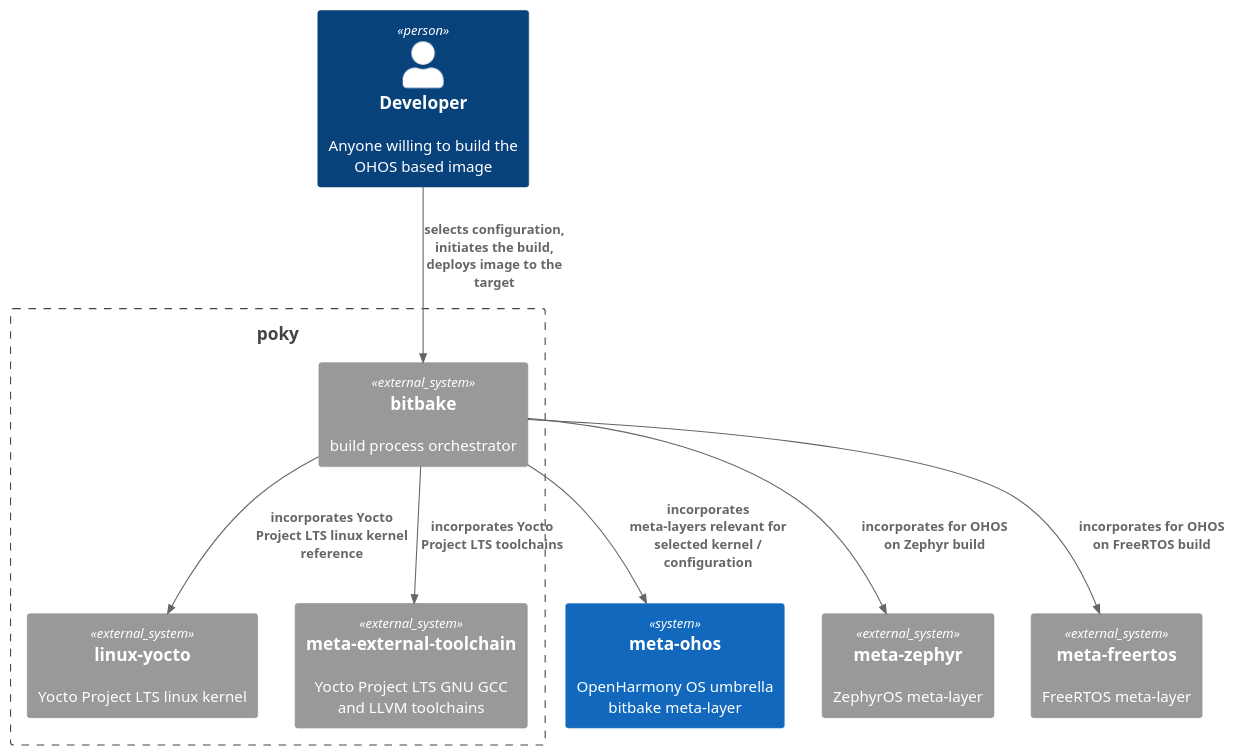
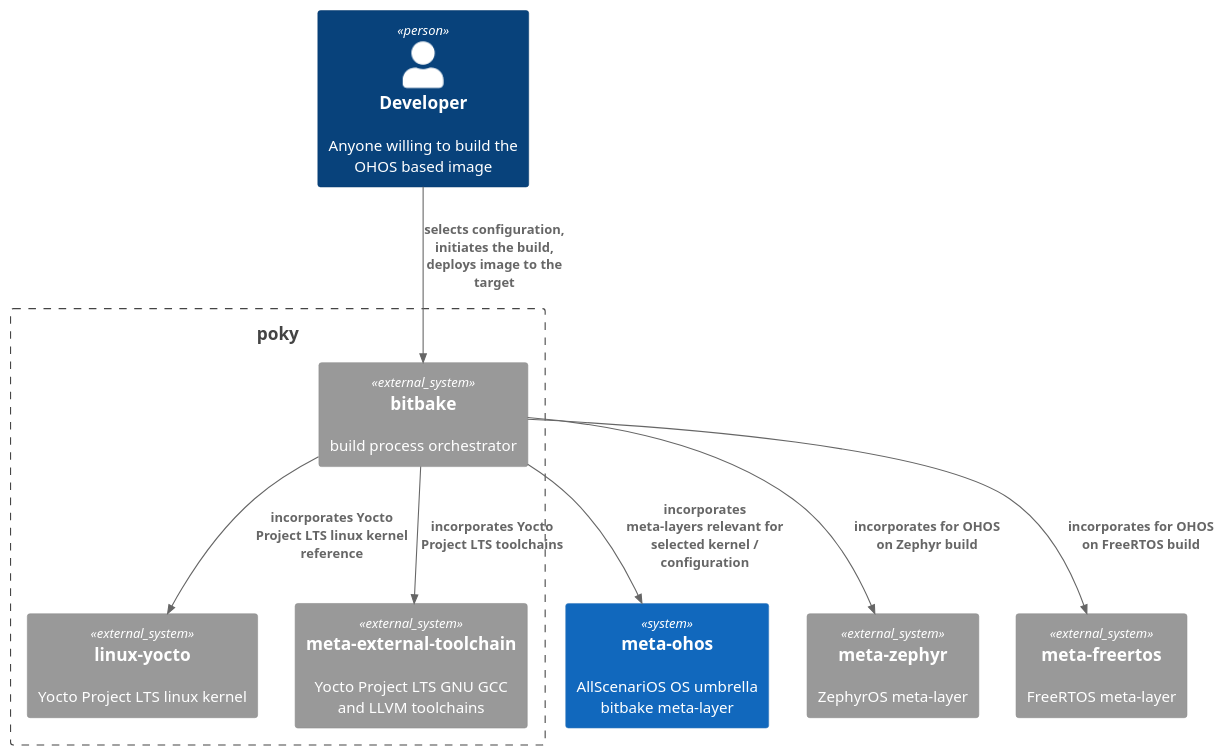
The diagram in docs/yocto-build-system/assets/ohos-build-arch.puml (alema-r/Alessandro-Marcolini-Oniro), drawn with PlantUML before and after one commit. The commit also changed 24 other files, not shown here.

Commit message:
docs: rename OpenHarmony to AllScenariOS

```diff
--- a/docs/yocto-build-system/assets/ohos-build-arch.puml
+++ b/docs/yocto-build-system/assets/ohos-build-arch.puml
@@ -5,24 +5,24 @@
 @startuml meta-ohos-arch
 !include https://raw.githubusercontent.com/plantuml-stdlib/C4-PlantUML/master/C4_Container.puml
 
 Person(dev, "Developer", "Anyone willing to build the OHOS based image")
-System(meta_ohos, "meta-ohos", "OpenHarmony OS umbrella bitbake meta-layer")
+System(meta_ohos, "meta-ohos", "AllScenariOS OS umbrella bitbake meta-layer")
 Boundary(poky, "poky") {
     System_Ext(bitbake, "bitbake", "build process orchestrator")
     System_Ext(linux_yocto, "linux-yocto", "Yocto Project LTS linux kernel")
     System_Ext(meta_external_toolchain, "meta-external-toolchain", "Yocto Project LTS GNU GCC and LLVM toolchains")
 }
 System_Ext(meta_zephyr, "meta-zephyr", "ZephyrOS meta-layer")
 System_Ext(meta_freertos, "meta-freertos", "FreeRTOS meta-layer")
 System_Ext(meta_freertos, "meta-freertos", "FreeRTOS meta-layer")
 System_Ext(linux_yocto, "linux-yocto", "Yocto Project LTS linux kernel")
 System_Ext(meta_external_toolchain, "meta-external-toolchain", "Yocto Project LTS GNU GCC and LLVM toolchains")
 
 Rel(dev, bitbake, "selects configuration, initiates the build, deploys image to the target")
 Rel(bitbake, meta_ohos, "incorporates meta-layers relevant for selected kernel / configuration")
 Rel(bitbake, linux_yocto, "incorporates Yocto Project LTS linux kernel reference")
 Rel(bitbake, meta_external_toolchain, "incorporates Yocto Project LTS toolchains")
 Rel(bitbake, meta_zephyr, "incorporates for OHOS on Zephyr build")
 Rel(bitbake, meta_freertos, "incorporates for OHOS on FreeRTOS build")
 
 @enduml
```
